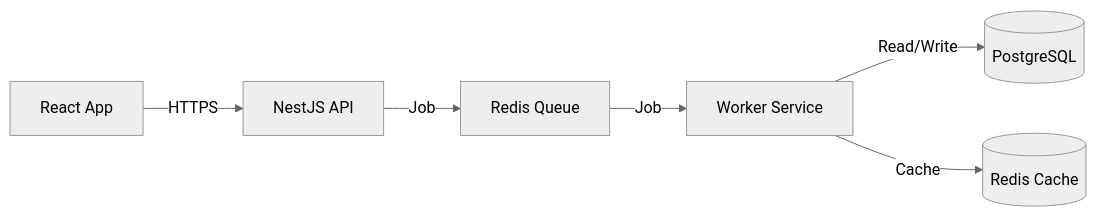
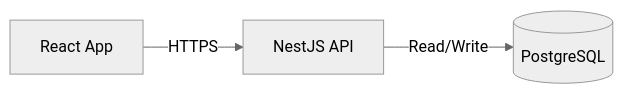
Before and after one commit to farissalman12/PhisingDetectionTool: the diagram in Docs/architecture.md, drawn with Mermaid (neutral theme). The commit also changed other lines of this file and 5 other files, not shown here.

Commit message:
docs: align remaining documentation (data flow, failure modes, nfrs) with synchronous architecture

````diff
--- a/Docs/architecture.md
+++ b/Docs/architecture.md
@@ -44,8 +29,5 @@
 ```mermaid
 graph LR
     Client[React App] --HTTPS--> API[NestJS API]
-    API --Job--> Queue[Redis Queue]
-    Queue --Job--> Worker[Worker Service]
-    Worker --Read/Write--> DB[(PostgreSQL)]
-    Worker --Cache--> Redis[(Redis Cache)]
+    API --Read/Write--> DB[(PostgreSQL)]
 ```
````
